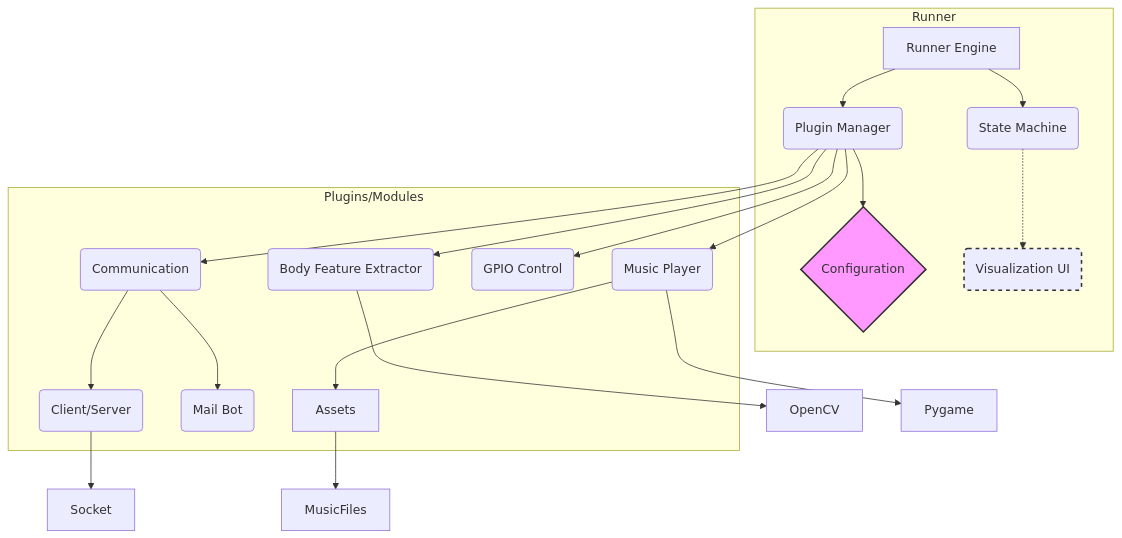
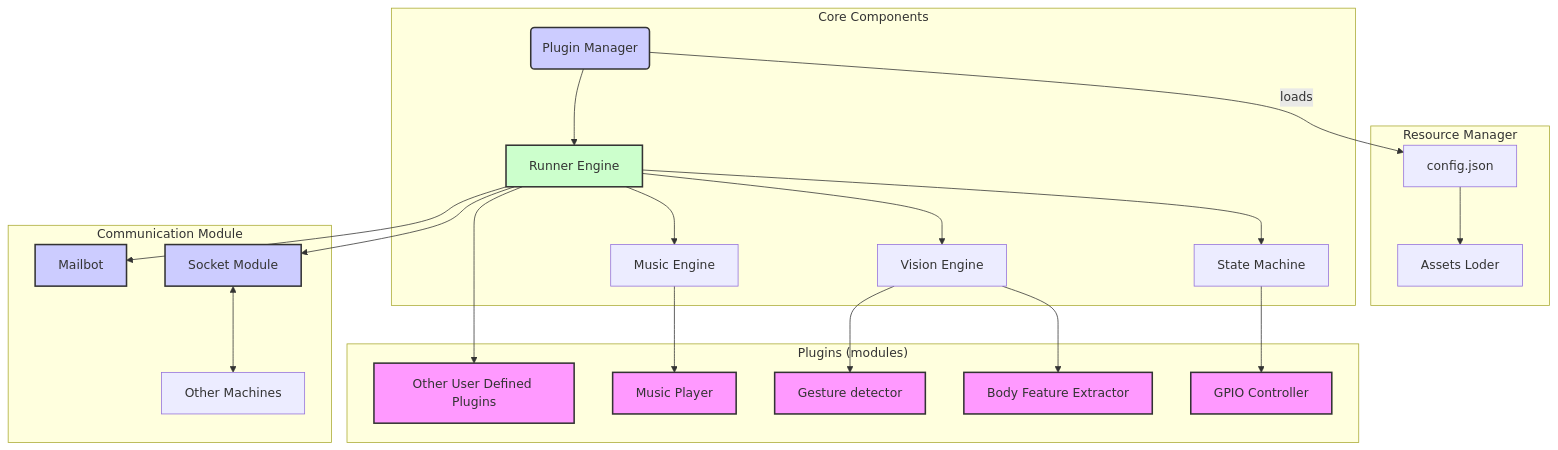
Before and after one commit to sergiudm/detectivePi: the diagram in site_docs/docs/index.md, drawn with Mermaid.

Commit message:
docs: update architecture diagram in index.md to enhance clarity of system components and their interactions

````diff
--- a/site_docs/docs/index.md
+++ b/site_docs/docs/index.md
@@ -30,29 +30,42 @@
 ```mermaid
 
 graph TD
-    subgraph "Runner"
-        A[Runner Engine] --> B(Plugin Manager)
-        B --> C{Configuration}
-        A --> SM(State Machine)
-        SM -.-> UI(Visualization UI)
+    subgraph "Resource Manager"
+        C[config.json]
+        C-->P[Assets Loder]
     end
 
-    subgraph "Plugins/Modules"
-        B --> D(Body Feature Extractor)
-        B --> E(Communication)
-        B --> F(GPIO Control)
-        B --> G(Music Player)
-
-        E --> E1(Client/Server)
-        E --> E2(Mail Bot)
-        G --> Assets
+    subgraph "Core Components"
+        B(Plugin Manager) -- loads--> C
+        B --> D[Runner Engine]
+        D --> E[State Machine]
+        D --> N[Vision Engine]
+        D --> F[Music Engine]
     end
 
-    D --> OpenCV
-    E1 --> Socket
-    G --> Pygame
-    Assets --> MusicFiles
+    subgraph "Plugins (modules)"
+        F --> G[Music Player]
+        N --> H[Body Feature Extractor]
+        N --> O[Gesture detector]
+        E --> I[GPIO Controller]
+        D --> J[Other User Defined Plugins] 
+    end
+    
+    subgraph "Communication Module"
+      D --> K[Socket Module]
+      D --> L[Mailbot]
+      K <--> M[Other Machines]
+    end
 
-    style C fill:#f9f,stroke:#333,stroke-width:2px
-    style UI stroke:#333,stroke-width:2px,stroke-dasharray: 5 5
+   
+
+    style B fill:#ccf,stroke:#333,stroke-width:2px
+    style D fill:#cfc,stroke:#333,stroke-width:2px
+    style G fill:#f9f,stroke:#333,stroke-width:2px
+    style H fill:#f9f,stroke:#333,stroke-width:2px
+    style I fill:#f9f,stroke:#333,stroke-width:2px
+    style J fill:#f9f,stroke:#333,stroke-width:2px
+    style O fill:#f9f,stroke:#333,stroke-width:2px
+    style K fill:#ccf,stroke:#333,stroke-width:2px
+    style L fill:#ccf,stroke:#333,stroke-width:2px
 ```
````
